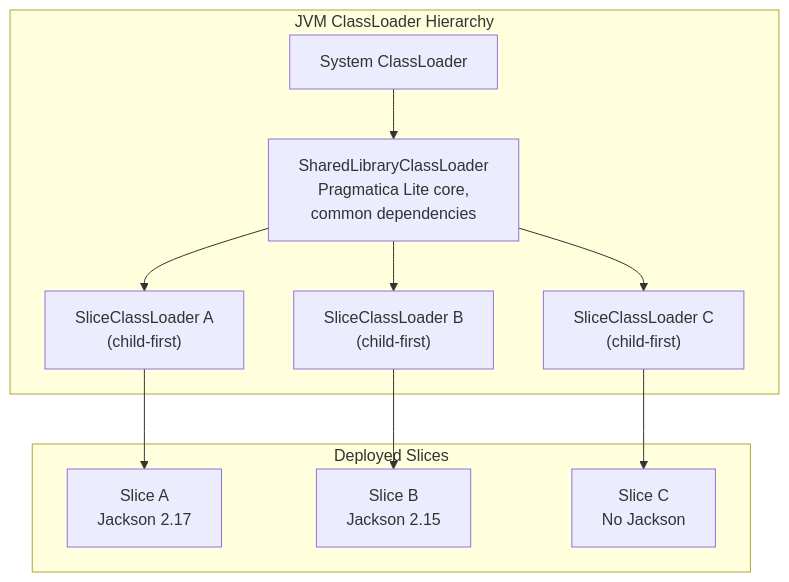
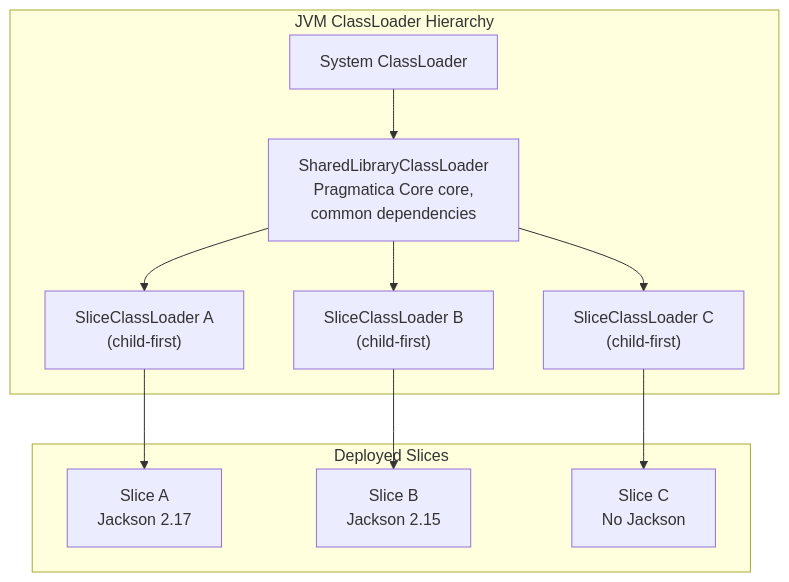
One commit to pragmaticalabs/pragmatica changed the first of 5 diagrams in aether/docs/architecture/11-slice-container.md. Above: the diagram before and after it, drawn with Mermaid. The commit also changed other lines of this file and 227 other files, not shown here.

````diff
--- a/aether/docs/architecture/11-slice-container.md
+++ b/aether/docs/architecture/11-slice-container.md
@@ -7,26 +7,26 @@
 ```mermaid
 graph TB
     subgraph JVM["JVM ClassLoader Hierarchy"]
         System["System ClassLoader"]
-        Shared["SharedLibraryClassLoader<br/>Pragmatica Lite core,<br/>common dependencies"]
+        Shared["SharedLibraryClassLoader<br/>Pragmatica Core core,<br/>common dependencies"]
 
         SCL1["SliceClassLoader A<br/>(child-first)"]
         SCL2["SliceClassLoader B<br/>(child-first)"]
         SCL3["SliceClassLoader C<br/>(child-first)"]
     end
 
     System --> Shared
     Shared --> SCL1
     Shared --> SCL2
     Shared --> SCL3
 
     subgraph Slices["Deployed Slices"]
         S1["Slice A<br/>Jackson 2.17"]
         S2["Slice B<br/>Jackson 2.15"]
         S3["Slice C<br/>No Jackson"]
     end
 
     SCL1 --> S1
     SCL2 --> S2
     SCL3 --> S3
 ```
````
